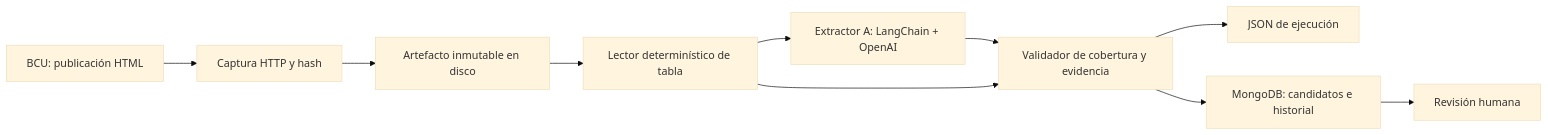
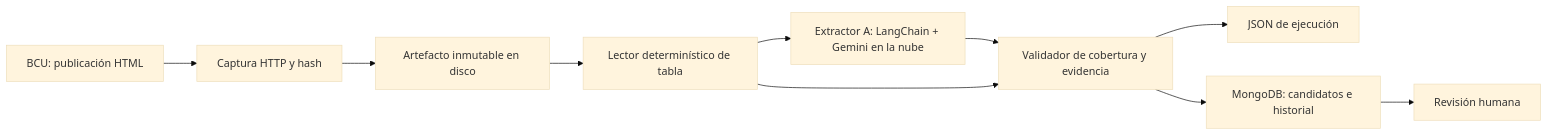
The first of 2 diagrams in docs/architecture.md (sebastianfori/leip-bcu-agent), drawn with Mermaid (base theme) before and after one commit. The commit also changed other lines of this file and 8 other files, not shown here.

````diff
--- a/docs/architecture.md
+++ b/docs/architecture.md
@@ -5,12 +5,12 @@
 ```mermaid
 flowchart LR
     BCU[BCU: publicación HTML] --> Capture[Captura HTTP y hash]
     Capture --> Disk[Artefacto inmutable en disco]
     Disk --> Reader[Lector determinístico de tabla]
-    Reader --> Agent[Extractor A: LangChain + OpenAI]
+    Reader --> Agent[Extractor A: LangChain + Gemini en la nube]
     Agent --> Validator[Validador de cobertura y evidencia]
     Reader --> Validator
     Validator --> JSON[JSON de ejecución]
     Validator --> Mongo[MongoDB: candidatos e historial]
     Mongo --> Human[Revisión humana]
 ```
````
